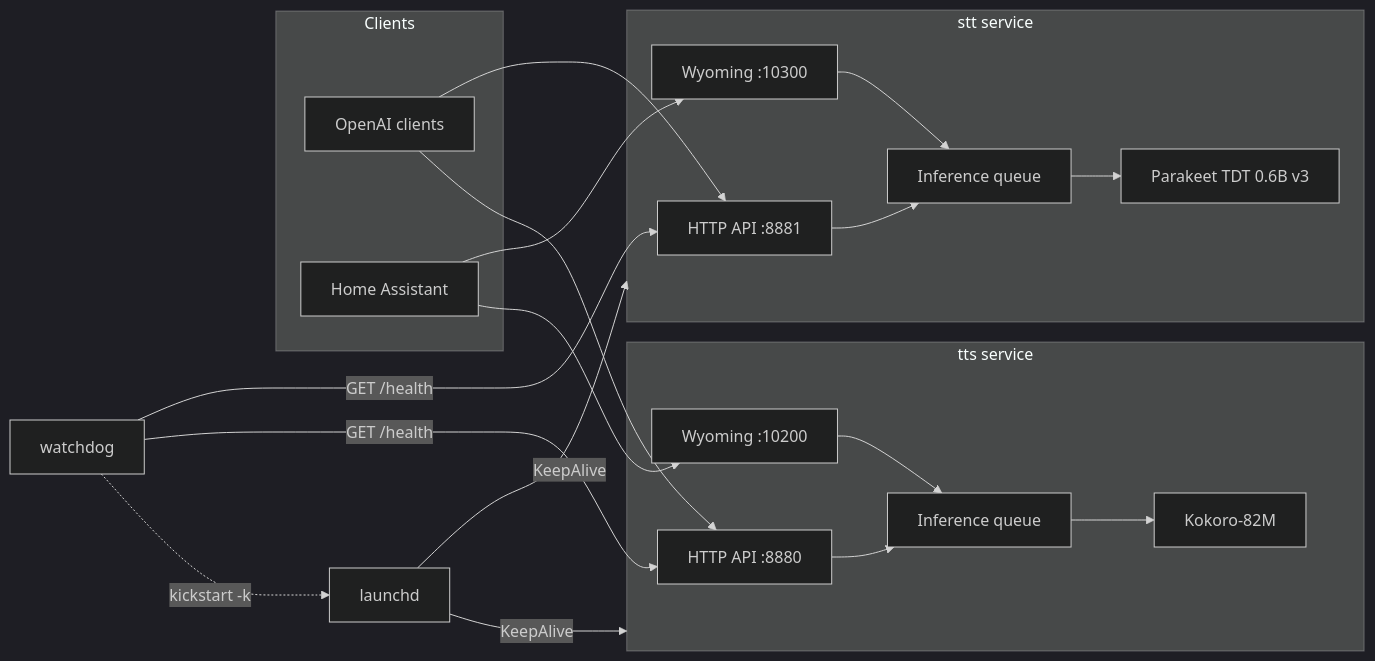
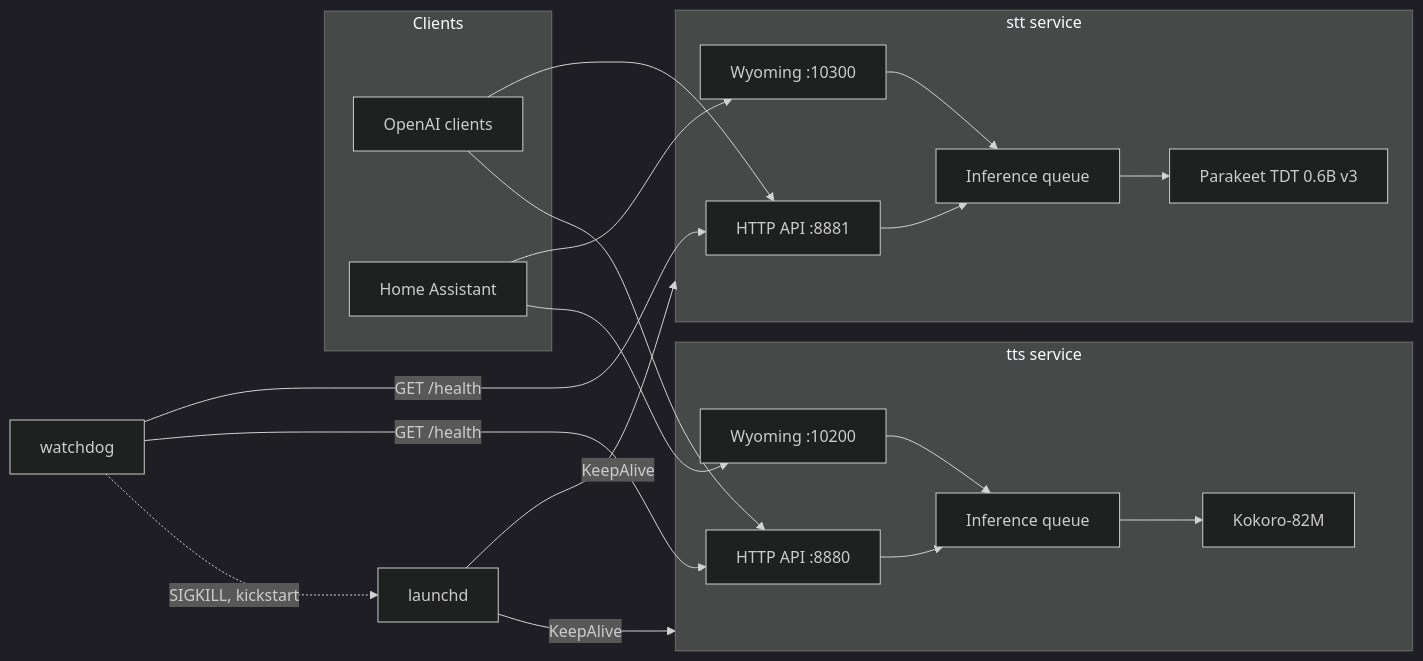
Before and after one commit to JulianBeaulieu/voiced: the diagram in README.md, drawn with Mermaid (dark theme). The commit also changed other lines of this file and 12 other files, not shown here.

````diff
--- a/README.md
+++ b/README.md
@@ -91,38 +99,38 @@
 ```mermaid
 flowchart LR
     subgraph clients [Clients]
         oai[OpenAI clients]
         ha[Home Assistant]
     end
 
     subgraph stt [stt service]
         stt_http[HTTP API :8881]
         stt_wy[Wyoming :10300]
         stt_q[Inference queue]
         parakeet[Parakeet TDT 0.6B v3]
         stt_http --> stt_q
         stt_wy --> stt_q
         stt_q --> parakeet
     end
 
     subgraph tts [tts service]
         tts_http[HTTP API :8880]
         tts_wy[Wyoming :10200]
         tts_q[Inference queue]
         kokoro[Kokoro-82M]
         tts_http --> tts_q
         tts_wy --> tts_q
         tts_q --> kokoro
     end
 
     oai --> stt_http
     oai --> tts_http
     ha --> stt_wy
     ha --> tts_wy
 
     launchd[launchd] -->|KeepAlive| stt
     launchd -->|KeepAlive| tts
     watchdog[watchdog] -->|GET /health| stt_http
     watchdog -->|GET /health| tts_http
-    watchdog -.->|kickstart -k| launchd
+    watchdog -.->|SIGKILL, kickstart| launchd
 ```
````
